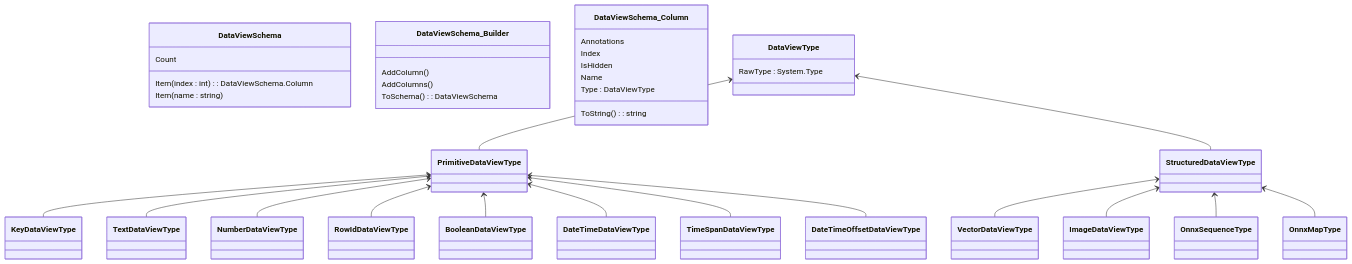
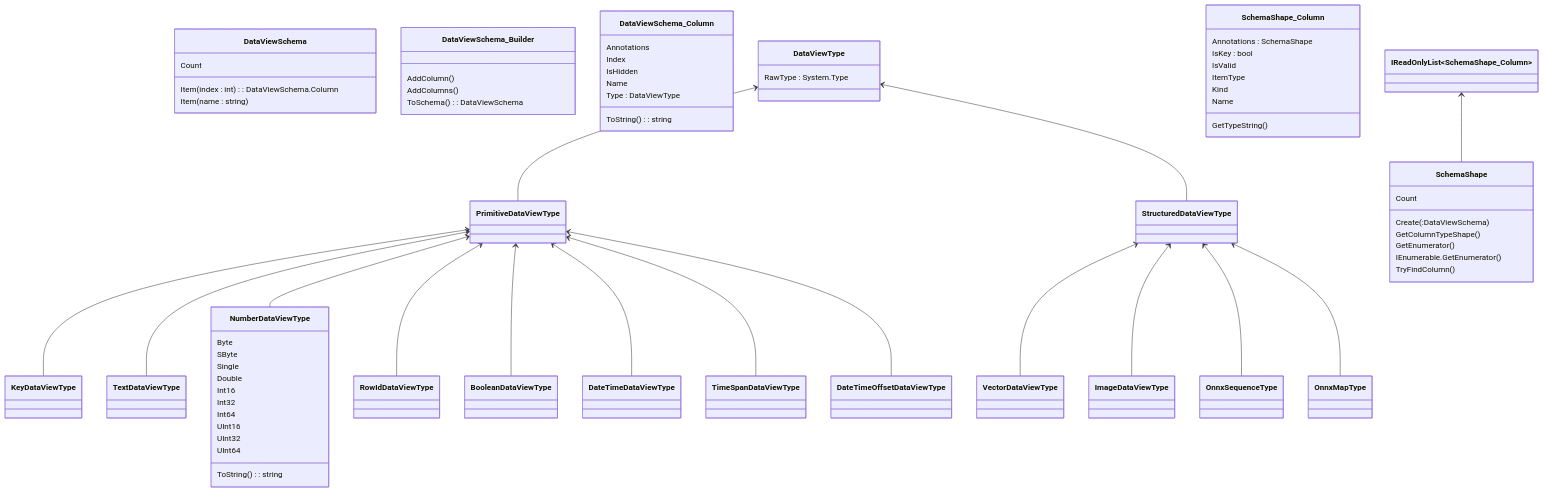
Before and after one commit to rgesteve/mlnetarchdiagrams: the diagram in class_schema.mmd, drawn with Mermaid.

Commit message:
Beginnings of SchemaShape tree

```diff
--- a/class_schema.mmd
+++ b/class_schema.mmd
@@ -1,50 +1,81 @@
 classDiagram 
     class DataViewSchema {
       Count
       Item (index : int ) : DataViewSchema.Column
       Item (name : string)
     }
     class DataViewSchema_Builder {
       AddColumn()
       AddColumns()
       ToSchema() : DataViewSchema
     }
     class DataViewSchema_Column {
       Annotations
       Index
       IsHidden
       Name
       Type : DataViewType
       ToString() : string
     }
     class DataViewType {
       RawType : System.Type
     }
     class PrimitiveDataViewType 
     class KeyDataViewType
     class StructuredDataViewType
     class VectorDataViewType
     class TextDataViewType
-    class NumberDataViewType
+    class NumberDataViewType {
+      Byte
+      SByte 
+      Single
+      Double
+      Int16
+      Int32
+      Int64
+      UInt16
+      UInt32
+      UInt64
+      ToString() : string
+    }
     class RowIdDataViewType
     class BooleanDataViewType
     class DateTimeDataViewType
     class DateTimeOffsetDataViewType
     class TimeSpanDataViewType
     class ImageDataViewType
     class OnnxSequenceType
     class OnnxMapType
     DataViewType <-- PrimitiveDataViewType
     PrimitiveDataViewType <-- KeyDataViewType
     PrimitiveDataViewType <-- TextDataViewType
     PrimitiveDataViewType <-- NumberDataViewType
     PrimitiveDataViewType <-- RowIdDataViewType
     PrimitiveDataViewType <-- BooleanDataViewType
     PrimitiveDataViewType <-- DateTimeDataViewType
     PrimitiveDataViewType <-- TimeSpanDataViewType
     PrimitiveDataViewType <-- DateTimeOffsetDataViewType
     DataViewType <-- StructuredDataViewType
     StructuredDataViewType <-- VectorDataViewType
     StructuredDataViewType <-- ImageDataViewType
     StructuredDataViewType <-- OnnxSequenceType
     StructuredDataViewType <-- OnnxMapType
+
+    class SchemaShape {
+      Count
+      Create(:DataViewSchema)
+      GetColumnTypeShape()
+      GetEnumerator()
+      IEnumerable.GetEnumerator()
+      TryFindColumn()
+    }
+    class SchemaShape_Column {
+      Annotations : SchemaShape
+      IsKey : bool 
+      IsValid 
+      ItemType 
+      Kind 
+      Name
+      GetTypeString()
+    }
+    IReadOnlyList~SchemaShape_Column~ <-- SchemaShape
```
